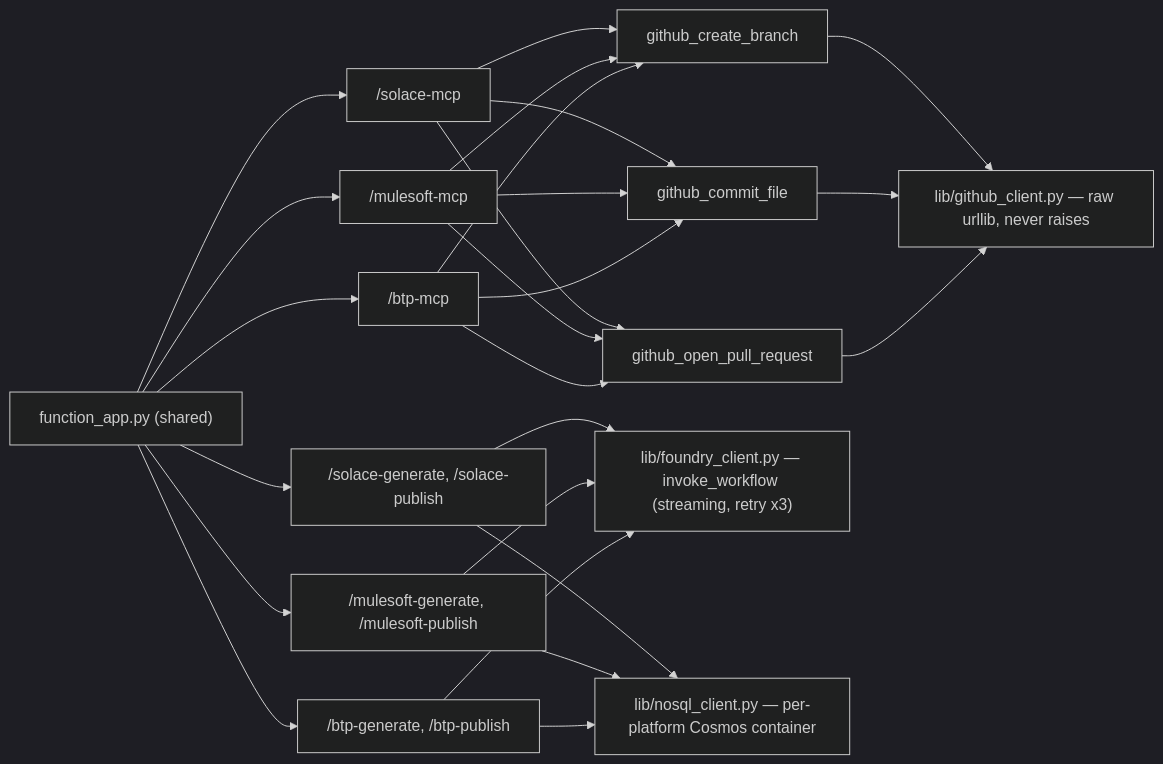
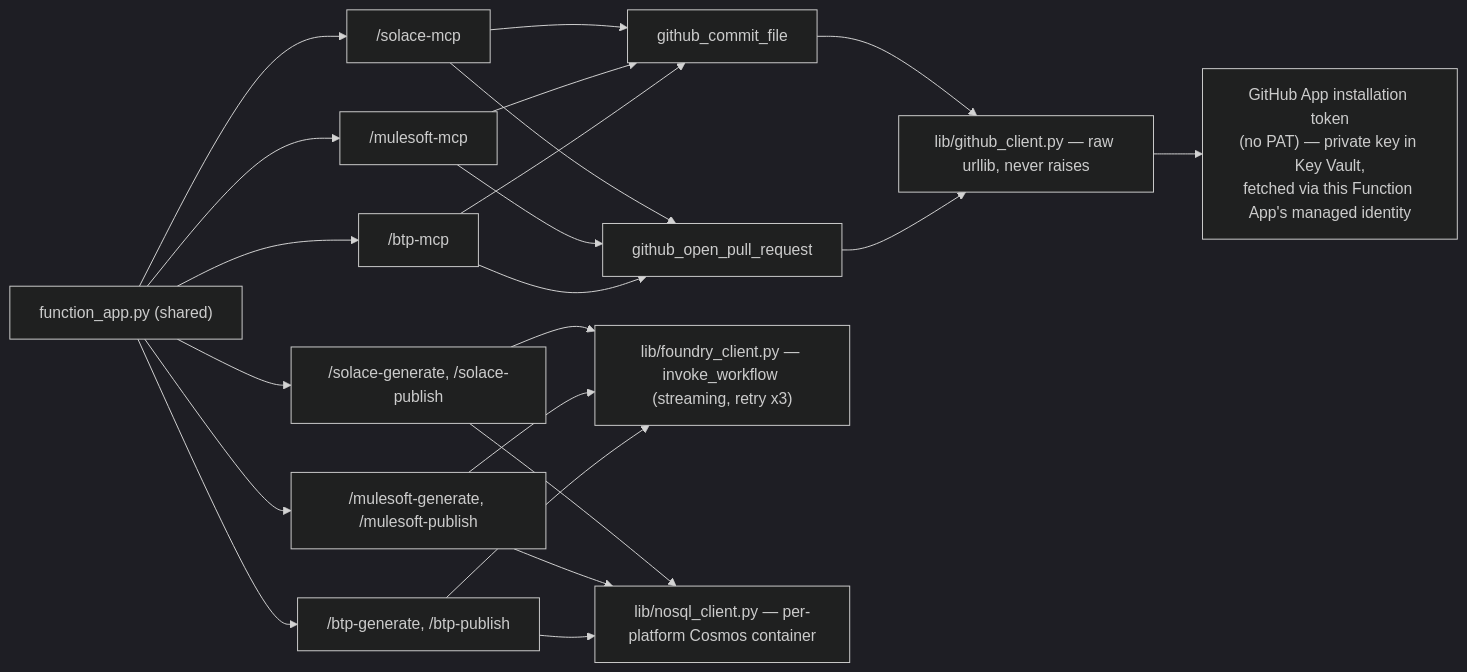
One commit to soubhik7/3pl-automation changed the second of 2 diagrams in 3PL-Automation-AI-Foundry/diagrams/flow-overview.md. Above: the diagram before and after it, drawn with Mermaid (dark theme). The commit also changed other lines of this file and 26 other files, not shown here.

First line of the commit message:
Refactor GitHub integration for onboarding pipelines

````diff
--- a/3PL-Automation-AI-Foundry/diagrams/flow-overview.md
+++ b/3PL-Automation-AI-Foundry/diagrams/flow-overview.md
@@ -67,16 +67,16 @@
 ```mermaid
 flowchart LR
     MCP["function_app.py (shared)"]
     MCP --> R1["/solace-mcp"]
     MCP --> R2["/mulesoft-mcp"]
     MCP --> R3["/btp-mcp"]
     MCP --> R4["/solace-generate, /solace-publish"]
     MCP --> R5["/mulesoft-generate, /mulesoft-publish"]
     MCP --> R6["/btp-generate, /btp-publish"]
-    R1 & R2 & R3 --> T1["github_create_branch"]
-    R1 & R2 & R3 --> T2["github_commit_file"]
-    R1 & R2 & R3 --> T3["github_open_pull_request"]
-    T1 & T2 & T3 --> GH["lib/github_client.py — raw urllib, never raises"]
+    R1 & R2 & R3 --> T1["github_commit_file"]
+    R1 & R2 & R3 --> T2["github_open_pull_request"]
+    T1 & T2 --> GH["lib/github_client.py — raw urllib, never raises"]
+    GH --> APP["GitHub App installation token<br/>(no PAT) — private key in Key Vault,<br/>fetched via this Function App's managed identity"]
     R4 & R5 & R6 --> CW["lib/foundry_client.py — invoke_workflow (streaming, retry x3)"]
     R4 & R5 & R6 --> COS["lib/nosql_client.py — per-platform Cosmos container"]
 ```
````
